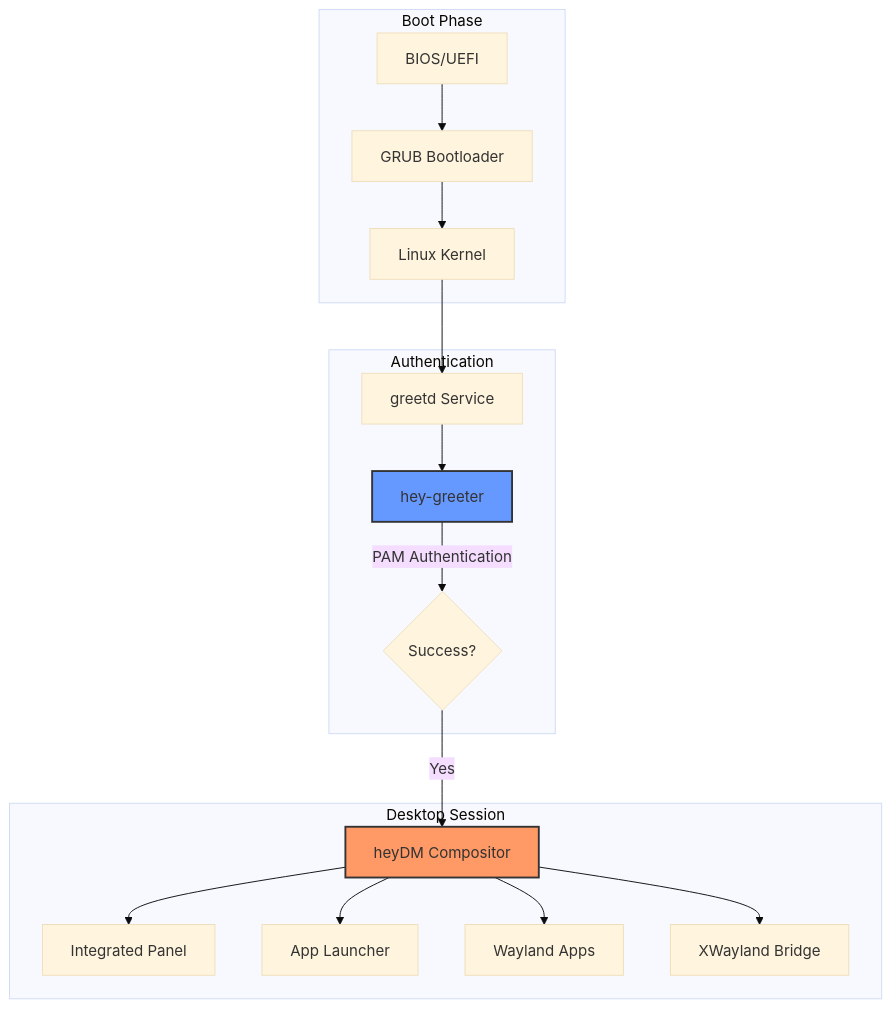
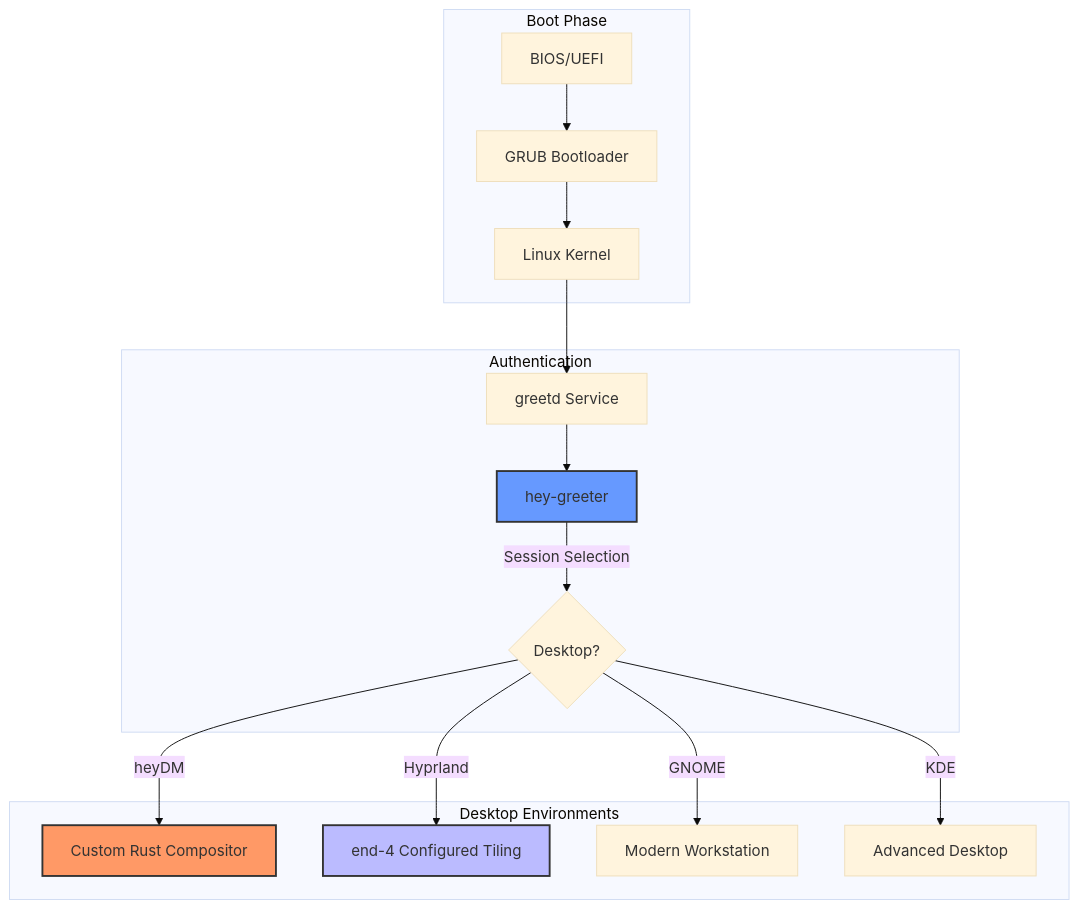
One commit to darkness-38/heyosx changed the diagram in README.md. Above: the diagram before and after it, drawn with Mermaid (base theme). The commit also changed other lines of this file and 14 other files, not shown here.

````diff
--- a/README.md
+++ b/README.md
@@ -46,24 +46,24 @@
 ```mermaid
 graph TD
     subgraph Boot Phase
         A[BIOS/UEFI] --> B[GRUB Bootloader]
         B --> C[Linux Kernel]
     end
 
     subgraph Authentication
         C --> D[greetd Service]
         D --> E[hey-greeter]
-        E -- PAM Authentication --> F{Success?}
+        E -- Session Selection --> F{Desktop?}
     end
 
-    subgraph Desktop Session
-        F -- Yes --> G[heyDM Compositor]
-        G --> H[Integrated Panel]
-        G --> I[App Launcher]
-        G --> J[Wayland Apps]
-        G --> K[XWayland Bridge]
+    subgraph Desktop Environments
+        F -- heyDM --> G[Custom Rust Compositor]
+        F -- Hyprland --> H[end-4 Configured Tiling]
+        F -- GNOME --> I[Modern Workstation]
+        F -- KDE --> J[Advanced Desktop]
     end
 
     style G fill:#f96,stroke:#333,stroke-width:2px
+    style H fill:#bbf,stroke:#333,stroke-width:2px
     style E fill:#69f,stroke:#333,stroke-width:2px
 ```
````
